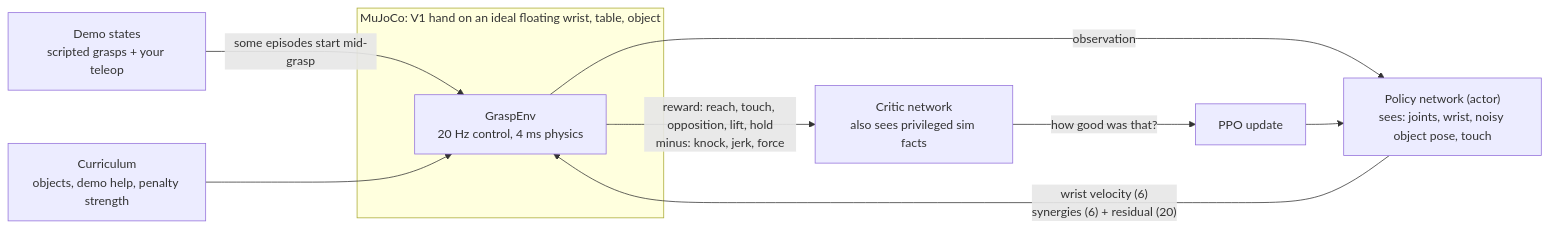
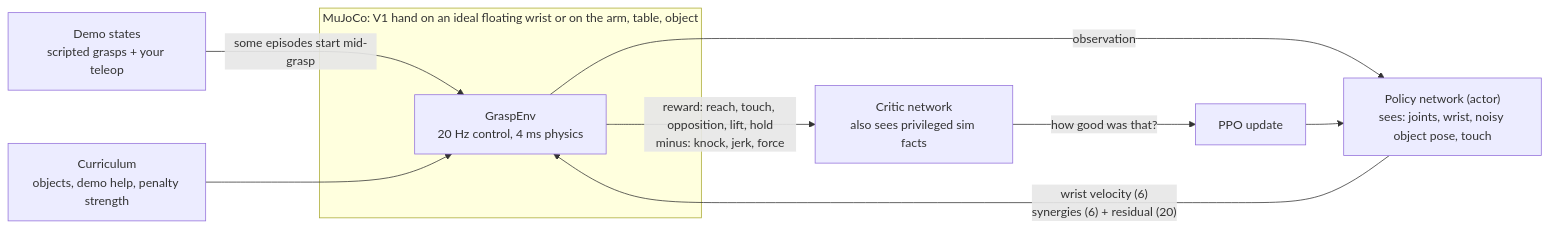
The diagram in research/ai/grasp-rl.md (Danielloka/tendra-hand), drawn with Mermaid before and after one commit. The commit also changed other lines of this file and 13 other files, not shown here.

First line of the commit message:
Train the hand on the arm: IK-driven wrist in the grasp scene and RL env

````diff
--- a/research/ai/grasp-rl.md
+++ b/research/ai/grasp-rl.md
@@ -9,13 +9,13 @@
 ```mermaid
 flowchart LR
-    subgraph sim [MuJoCo: V1 hand on an ideal floating wrist, table, object]
+    subgraph sim [MuJoCo: V1 hand on an ideal floating wrist or on the arm, table, object]
       E[GraspEnv<br/>20 Hz control, 4 ms physics]
     end
     P["Policy network (actor)<br/>sees: joints, wrist, noisy object pose, touch"] -->|"wrist velocity (6)<br/>synergies (6) + residual (20)"| E
     E -->|reward: reach, touch, opposition, lift, hold<br/>minus: knock, jerk, force| C
     E -->|observation| P
     C["Critic network<br/>also sees privileged sim facts"] -->|how good was that?| PPO[PPO update]
     PPO --> P
     D[Demo states<br/>scripted grasps + your teleop] -->|some episodes start mid-grasp| E
     CU[Curriculum<br/>objects, demo help, penalty strength] --> E
 ```
````
